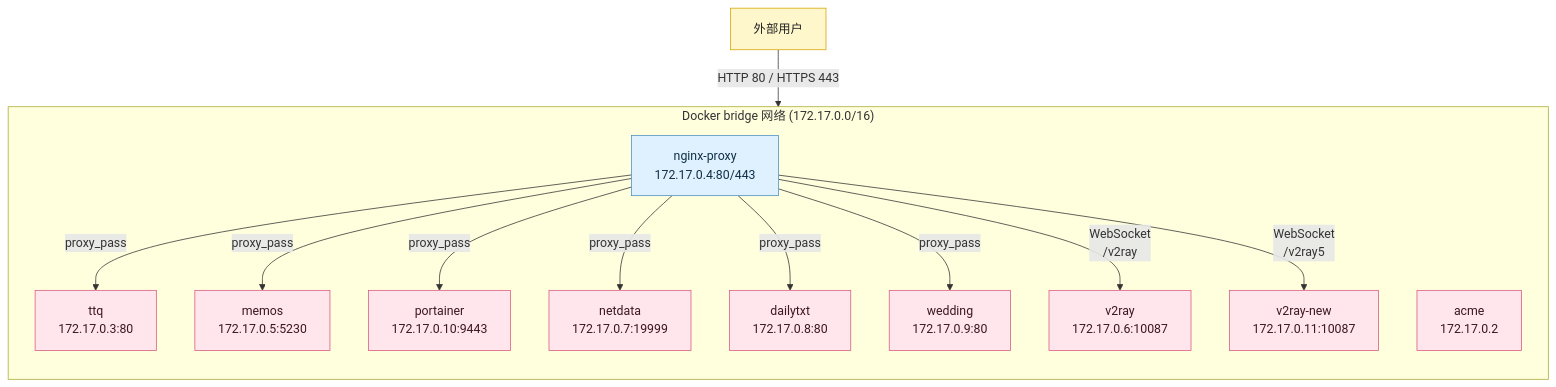
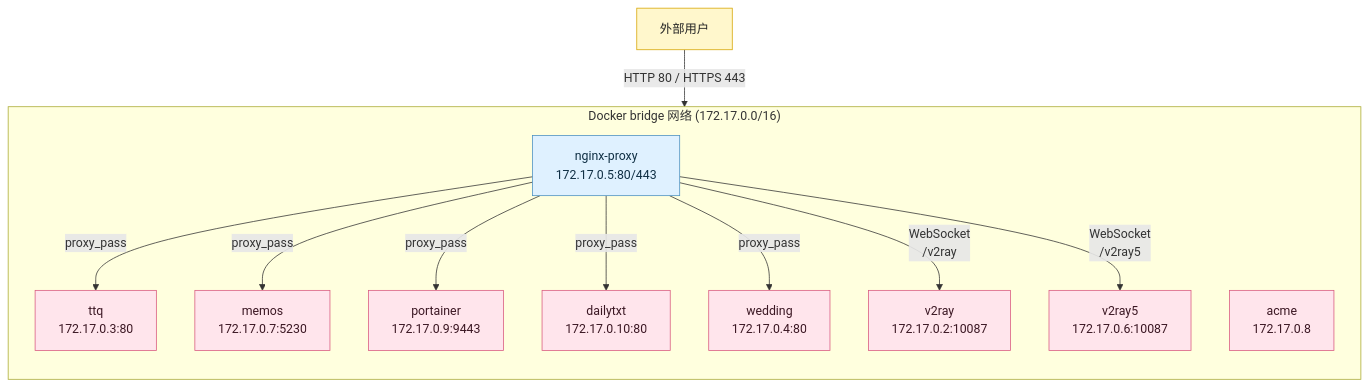
Before and after one commit to puppylpg/puppylpg.github.io: the third of 12 diagrams in _posts/2026-06-08-vps-docker-panorama-v2ray-v4-to-v5-upgrade.md, drawn with Mermaid. The commit also changed other lines of this file, not shown here.

Commit message:
Update V2Ray 5 Docker article

````diff
--- a/_posts/2026-06-08-vps-docker-panorama-v2ray-v4-to-v5-upgrade.md
+++ b/_posts/2026-06-08-vps-docker-panorama-v2ray-v4-to-v5-upgrade.md
@@ -144,33 +142,31 @@
 ```mermaid
 flowchart TB
     subgraph bridge["Docker bridge 网络 (172.17.0.0/16)"]
         direction TB
-        proxy["nginx-proxy<br/>172.17.0.4:80/443"]
-        acme["acme<br/>172.17.0.2"]
+        proxy["nginx-proxy<br/>172.17.0.5:80/443"]
+        acme["acme<br/>172.17.0.8"]
         ttq_node["ttq<br/>172.17.0.3:80"]
-        memos_node["memos<br/>172.17.0.5:5230"]
-        v2ray_node["v2ray<br/>172.17.0.6:10087"]
-        v2raynew_node["v2ray-new<br/>172.17.0.11:10087"]
-        portainer_node["portainer<br/>172.17.0.10:9443"]
-        netdata_node["netdata<br/>172.17.0.7:19999"]
-        dailytxt_node["dailytxt<br/>172.17.0.8:80"]
-        wedding_node["wedding<br/>172.17.0.9:80"]
+        memos_node["memos<br/>172.17.0.7:5230"]
+        v2ray_node["v2ray<br/>172.17.0.2:10087"]
+        v2ray5_node["v2ray5<br/>172.17.0.6:10087"]
+        portainer_node["portainer<br/>172.17.0.9:9443"]
+        dailytxt_node["dailytxt<br/>172.17.0.10:80"]
+        wedding_node["wedding<br/>172.17.0.4:80"]
     end
 
     users["外部用户"] -->|"HTTP 80 / HTTPS 443"| proxy
     proxy -->|"proxy_pass"| ttq_node
     proxy -->|"proxy_pass"| memos_node
     proxy -->|"proxy_pass"| portainer_node
-    proxy -->|"proxy_pass"| netdata_node
     proxy -->|"proxy_pass"| dailytxt_node
     proxy -->|"proxy_pass"| wedding_node
     proxy -->|"WebSocket<br/>/v2ray"| v2ray_node
-    proxy -->|"WebSocket<br/>/v2ray5"| v2raynew_node
+    proxy -->|"WebSocket<br/>/v2ray5"| v2ray5_node
 
     classDef user fill:#fff7cc,stroke:#d6a500,color:#222;
     classDef gateway fill:#dff1ff,stroke:#4a90c2,color:#0f2f44;
     classDef app fill:#ffe5ec,stroke:#d85a7f,color:#3b1723;
     class users user;
     class proxy gateway;
-    class acme,ttq_node,memos_node,v2ray_node,v2raynew_node,portainer_node,netdata_node,dailytxt_node,wedding_node app;
+    class acme,ttq_node,memos_node,v2ray_node,v2ray5_node,portainer_node,dailytxt_node,wedding_node app;
 ```
````
